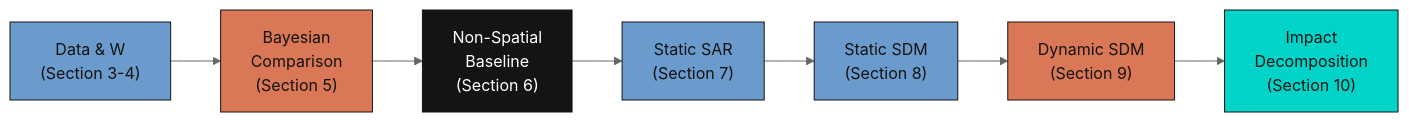
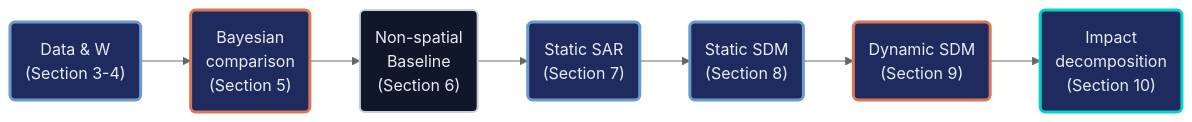
The first of 2 diagrams in content/post/r_SDPDmod/index.md (cmg777/starter-academic-v501), drawn with Mermaid (neutral theme) before and after one commit. The commit also changed other lines of this file and 13 other files, not shown here.

First line of the commit message:
content(mermaid): restyle flowcharts in R posts

````diff
--- a/content/post/r_SDPDmod/index.md
+++ b/content/post/r_SDPDmod/index.md
@@ -236,17 +236,17 @@
 ```mermaid
 graph LR
-    A["Data & W<br/>(Section 3-4)"] --> B["Bayesian<br/>Comparison<br/>(Section 5)"]
-    B --> B2["Non-Spatial<br/>Baseline<br/>(Section 6)"]
-    B2 --> C["Static SAR<br/>(Section 7)"]
-    C --> D["Static SDM<br/>(Section 8)"]
-    D --> E["Dynamic SDM<br/>(Section 9)"]
-    E --> F["Impact<br/>Decomposition<br/>(Section 10)"]
-
-    style A fill:#6a9bcc,stroke:#141413,color:#141413
-    style B fill:#d97757,stroke:#141413,color:#141413
-    style B2 fill:#141413,stroke:#141413,color:#fff
-    style C fill:#6a9bcc,stroke:#141413,color:#141413
-    style D fill:#6a9bcc,stroke:#141413,color:#141413
-    style E fill:#d97757,stroke:#141413,color:#141413
-    style F fill:#00d4c8,stroke:#141413,color:#141413
+    A("Data & W<br/>(Section 3-4)") --> B("Bayesian<br/>comparison<br/>(Section 5)")
+    B --> B2("Non-spatial<br/>Baseline<br/>(Section 6)")
+    B2 --> C("Static SAR<br/>(Section 7)")
+    C --> D("Static SDM<br/>(Section 8)")
+    D --> E("Dynamic SDM<br/>(Section 9)")
+    E --> F("Impact<br/>decomposition<br/>(Section 10)")
+    classDef blue fill:#1f2b5e,stroke:#6a9bcc,stroke-width:3px,color:#e8ecf2
+    classDef orange fill:#1f2b5e,stroke:#d97757,stroke-width:3px,color:#e8ecf2
+    classDef anchor fill:#0f1729,stroke:#c8d0e0,stroke-width:2px,color:#e8ecf2
+    classDef teal fill:#1f2b5e,stroke:#00d4c8,stroke-width:3px,color:#e8ecf2
+    class A,C,D blue
+    class B,E orange
+    class B2 anchor
+    class F teal
 ```
````
